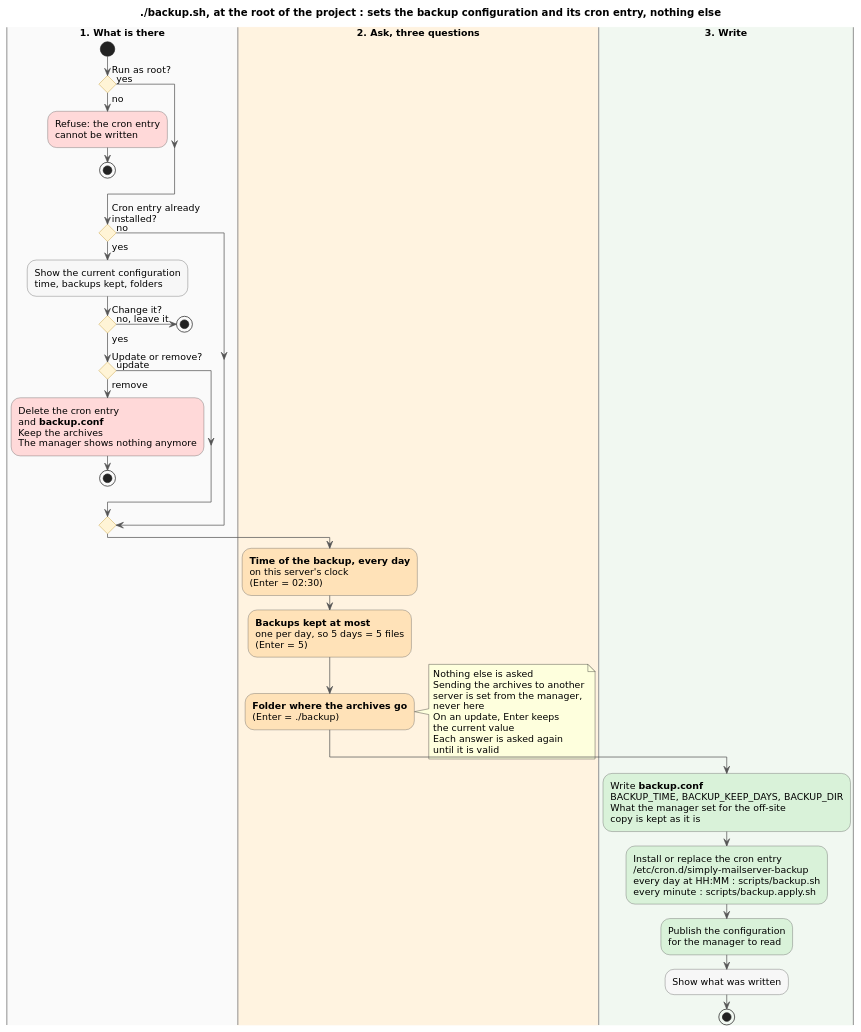
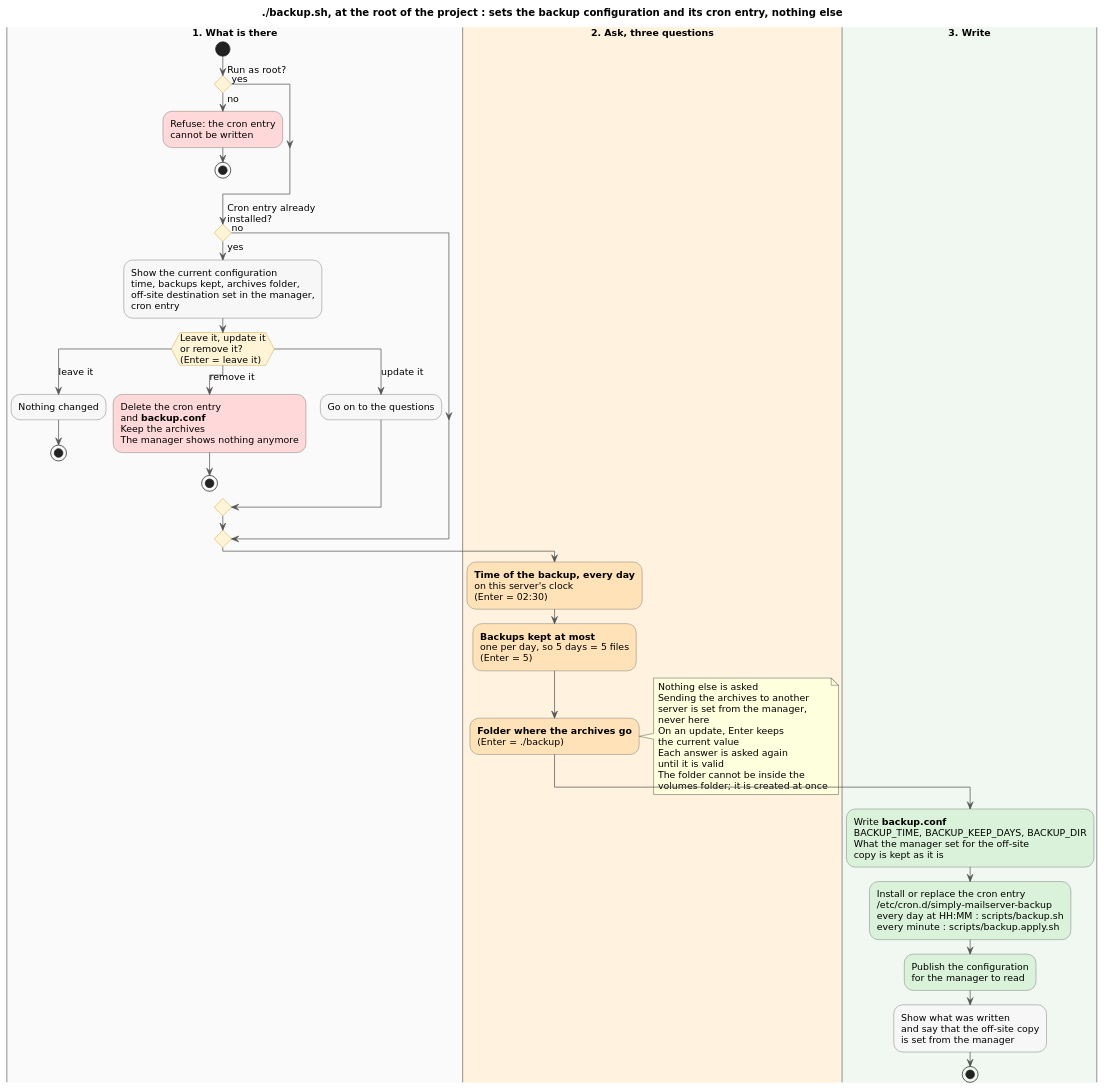
One commit to padcmoi/simply-a-dockerized-mail-server changed the diagram in docs/operations/backup-install.plantuml. Above: the diagram before and after it, drawn with PlantUML. The commit also changed 7 other files, not shown here.

```diff
--- a/docs/operations/backup-install.plantuml
+++ b/docs/operations/backup-install.plantuml
@@ -1,76 +1,83 @@
 @startuml backup-install
 title ./backup.sh, at the root of the project : sets the backup configuration and its cron entry, nothing else
 
 skinparam dpi 110
 skinparam shadowing false
 skinparam ConditionStyle diamond
 skinparam defaultFontName DejaVu Sans
 skinparam defaultFontSize 13
 skinparam ActivityBackgroundColor #F7F7F7
 skinparam ActivityBorderColor #555555
 skinparam ActivityDiamondBackgroundColor #FFF4D6
 skinparam ActivityDiamondBorderColor #B8860B
 skinparam ArrowColor #555555
 skinparam SwimlaneBorderColor #999999
 skinparam SwimlaneTitleFontStyle bold
 
 |#FAFAFA|1. What is there|
 start
 if (Run as root?) then (no)
   #FFD9D9:Refuse: the cron entry
   cannot be written;
   stop
 else (yes)
 endif
 if (Cron entry already\ninstalled?) then (no)
 else (yes)
   :Show the current configuration
-  time, backups kept, folders;
-  if (Change it?) then (no, leave it)
+  time, backups kept, archives folder,
+  off-site destination set in the manager,
+  cron entry;
+  switch (Leave it, update it\nor remove it?\n(Enter = leave it))
+  case (leave it)
+    :Nothing changed;
     stop
-  else (yes)
-  endif
-  if (Update or remove?) then (remove)
+  case (remove it)
     #FFD9D9:Delete the cron entry
     and **backup.conf**
     Keep the archives
     The manager shows nothing anymore;
     stop
-  else (update)
-  endif
+  case (update it)
+    :Go on to the questions;
+  endswitch
 endif
 
 |#FFF3E0|2. Ask, three questions|
 #FFE2B8:**Time of the backup, every day**
 on this server's clock
 (Enter = 02:30);
 #FFE2B8:**Backups kept at most**
 one per day, so 5 days = 5 files
 (Enter = 5);
 #FFE2B8:**Folder where the archives go**
 (Enter = ./backup);
 note right
   Nothing else is asked
   Sending the archives to another
   server is set from the manager,
   never here
   On an update, Enter keeps
   the current value
   Each answer is asked again
   until it is valid
+  The folder cannot be inside the
+  volumes folder; it is created at once
 end note
 
 |#F1F8F1|3. Write|
 #D9F2D9:Write **backup.conf**
 BACKUP_TIME, BACKUP_KEEP_DAYS, BACKUP_DIR
 What the manager set for the off-site
 copy is kept as it is;
 #D9F2D9:Install or replace the cron entry
 /etc/cron.d/simply-mailserver-backup
 every day at HH:MM : scripts/backup.sh
 every minute : scripts/backup.apply.sh;
 #D9F2D9:Publish the configuration
 for the manager to read;
-:Show what was written;
+:Show what was written
+and say that the off-site copy
+is set from the manager;
 stop
 @enduml
```
